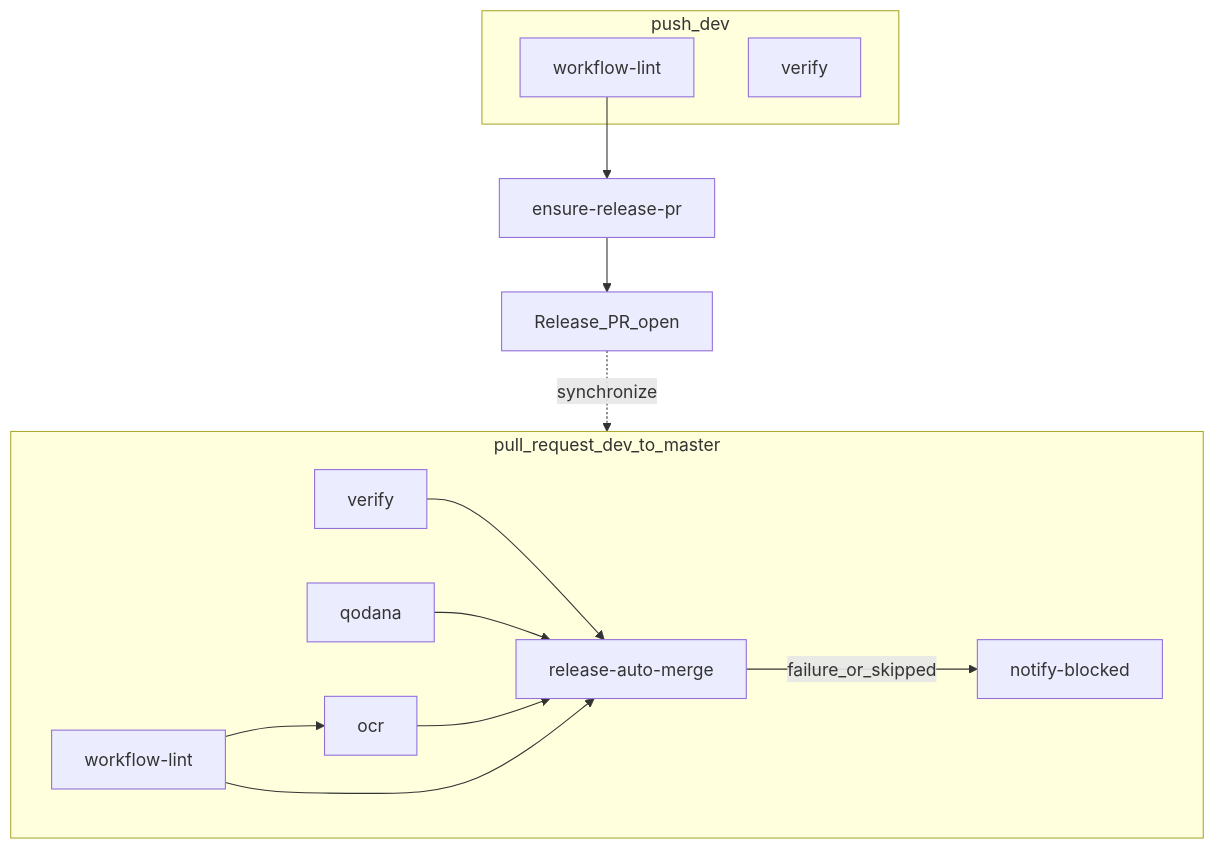
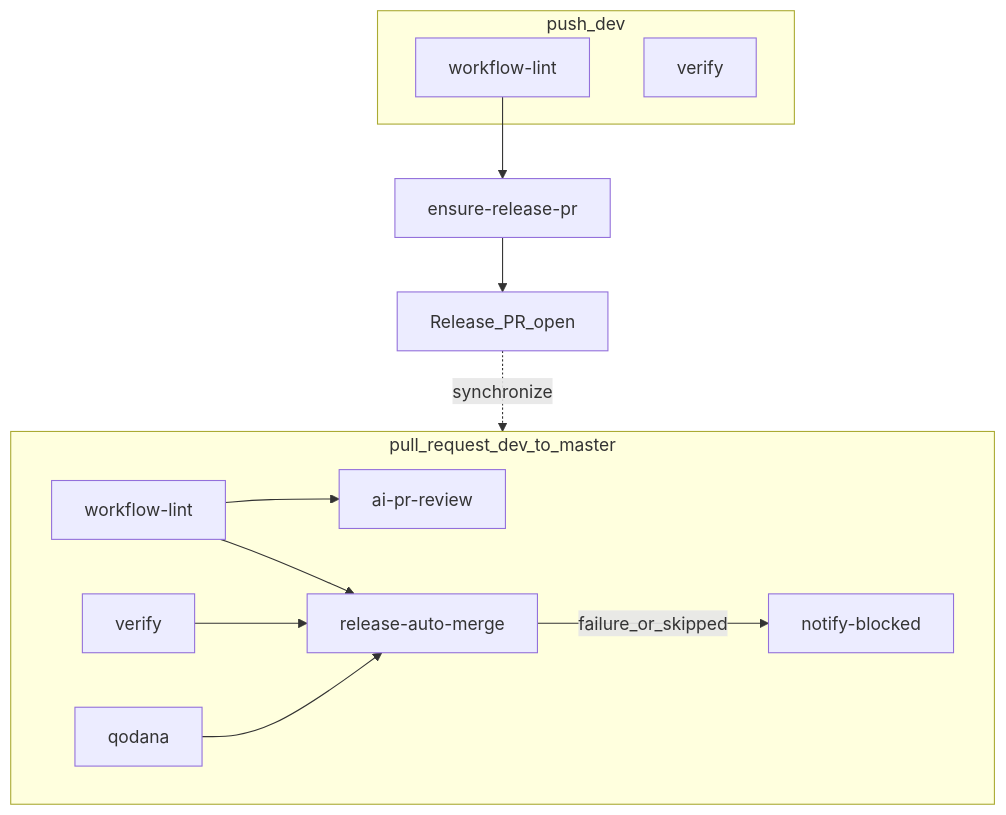
One commit to workers-world/worker-actions changed the second of 18 diagrams in docs/actions-workflows.md. Above: the diagram before and after it, drawn with Mermaid. The commit also changed other lines of this file and 33 other files, not shown here.

First line of the commit message:
Deprecate OCR; add self-hosted AI PR review MVP

````diff
--- a/docs/actions-workflows.md
+++ b/docs/actions-workflows.md
@@ -80,27 +80,26 @@
 ```mermaid
 flowchart TB
   subgraph pushEvent [push_dev]
     pushLint[workflow-lint]
     pushVerify[verify]
   end
 
   subgraph prEvent [pull_request_dev_to_master]
     prLint[workflow-lint]
     prVerify[verify]
     qodana[qodana]
-    ocr[ocr]
+    aiReview[ai-pr-review]
     merge[release-auto-merge]
     notify[notify-blocked]
   end
 
   pushLint --> ensurePR[ensure-release-pr]
   ensurePR --> releasePR[Release_PR_open]
   releasePR -.->|synchronize| prEvent
 
-  prLint --> ocr
+  prLint --> aiReview
   prVerify --> merge
   qodana --> merge
-  ocr --> merge
   prLint --> merge
   merge -->|failure_or_skipped| notify
 ```
````
